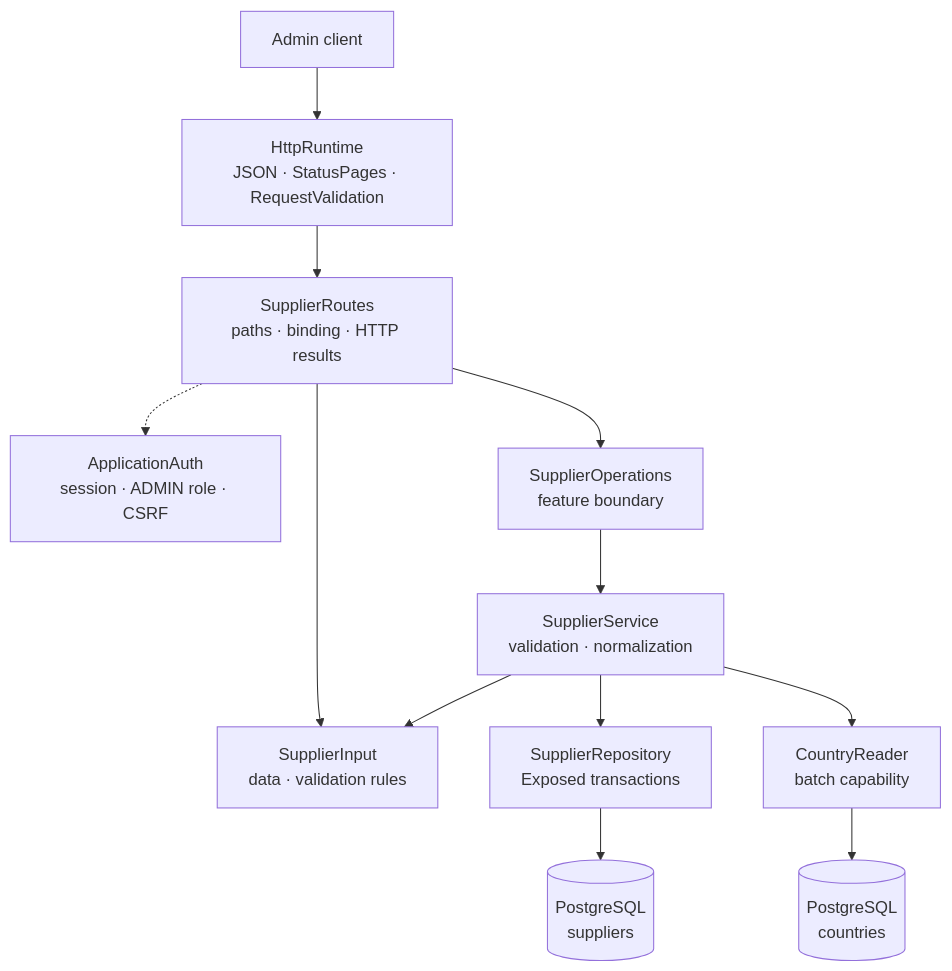
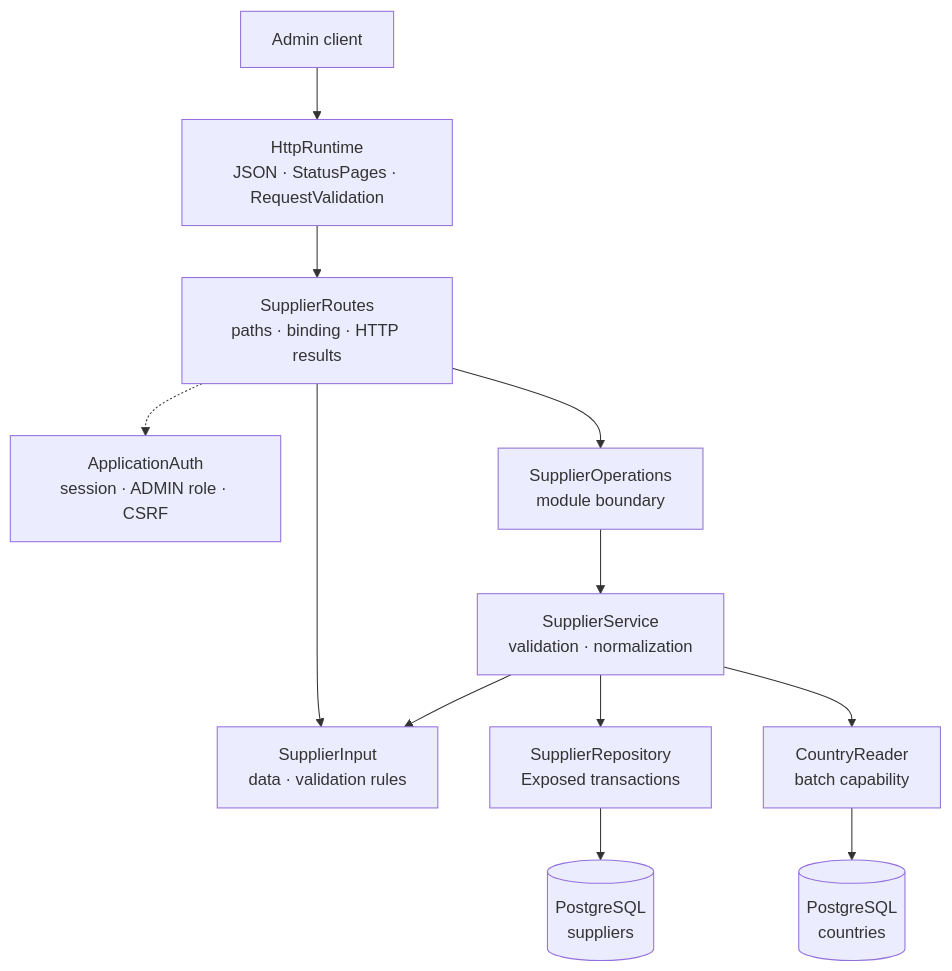
One commit to bitstorm-tech/voenix-shop-kotlin changed the diagram in docs/dev/backend/supplier-package.md. Above: the diagram before and after it, drawn with Mermaid. The commit also changed other lines of this file and 27 other files, not shown here.

Commit message:
Rename feature APIs to module APIs

````diff
--- a/docs/dev/backend/supplier-package.md
+++ b/docs/dev/backend/supplier-package.md
@@ -20,25 +20,25 @@
 ```mermaid
 flowchart TB
     Client["Admin client"]
     Http["HttpRuntime<br/>JSON · StatusPages · RequestValidation"]
     Auth["ApplicationAuth<br/>session · ADMIN role · CSRF"]
     Routes["SupplierRoutes<br/>paths · binding · HTTP results"]
     Input["SupplierInput<br/>data · validation rules"]
-    Operations["SupplierOperations<br/>feature boundary"]
+    Operations["SupplierOperations<br/>module boundary"]
     Service["SupplierService<br/>validation · normalization"]
     Repository["SupplierRepository<br/>Exposed transactions"]
     CountryReader["CountryReader<br/>batch capability"]
     Suppliers[("PostgreSQL<br/>suppliers")]
     Countries[("PostgreSQL<br/>countries")]
 
     Client --> Http --> Routes
     Routes -.-> Auth
     Routes --> Input
     Routes --> Operations
     Operations --> Service
     Service --> Input
     Service --> Repository
     Repository --> Suppliers
     Service --> CountryReader
     CountryReader --> Countries
 ```
````
